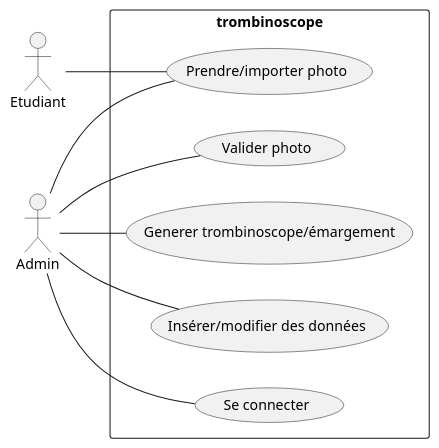
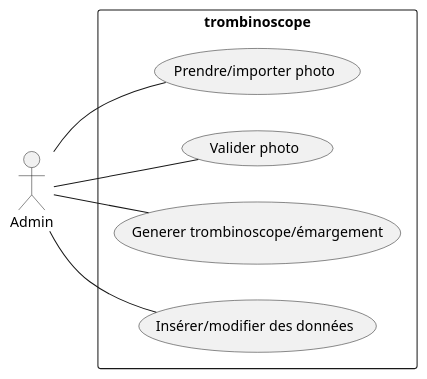
The diagram in Diagrammes/use_cases/uses_cases.wsd (pandadorable/Trombinoscope), drawn with PlantUML before and after one commit. The commit also changed 3 other files, not shown here.

Commit message:
MODIF DIAGRAM

```diff
--- a/Diagrammes/use_cases/uses_cases.wsd
+++ b/Diagrammes/use_cases/uses_cases.wsd
@@ -1,25 +1,21 @@
 @startuml useCases
 
 left to right direction
-actor "Etudiant" as Et
 actor "Admin" as Ad
 
 rectangle trombinoscope {
 
     usecase "Prendre/importer photo" as photo
     usecase "Valider photo" as valid
     usecase "Generer trombinoscope/émargement" as trombi
     usecase "Insérer/modifier des données" as inserer
-    usecase "Se connecter" as connect
 }
 
-Et -- photo
 
 Ad -- valid
 Ad -- photo
 Ad -- trombi
 Ad -- inserer
-Ad -- connect
 
 
 @enduml
```
